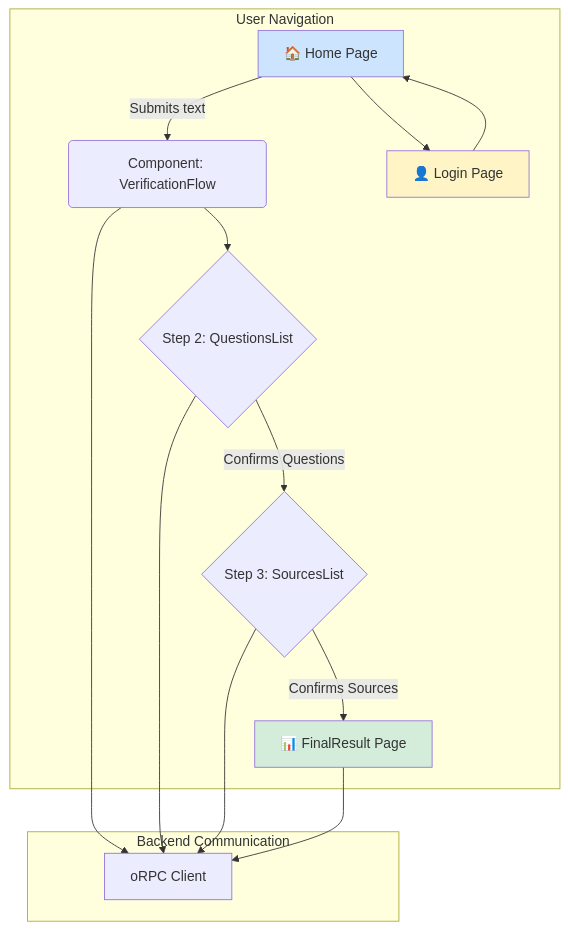
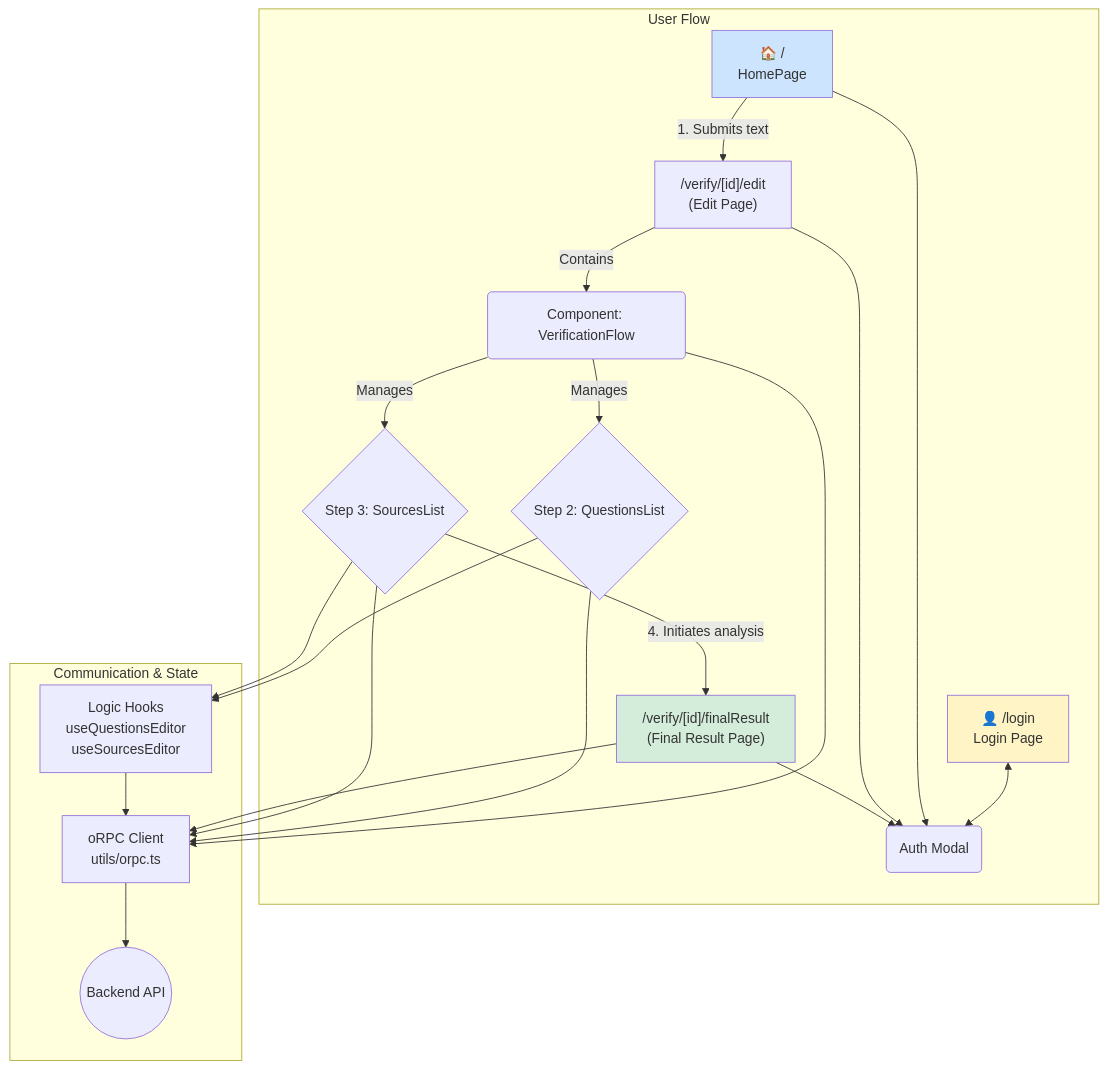
One commit to checkeapp-group/CheckeApp changed the diagram in docs/WEB.md. Above: the diagram before and after it, drawn with Mermaid. The commit also changed other lines of this file and 5 other files, not shown here.

Commit message:
docs: add comprehensive API documentation and enhance authentication, database, server, and verification flow documentation

````diff
--- a/docs/WEB.md
+++ b/docs/WEB.md
@@ -1,22 +7,23 @@
 ```mermaid
 graph TD
-    subgraph "User Navigation"
-        A[🏠 Home Page] -->|Submits text| B(Component: VerificationFlow);
-        B --> C{Step 2: QuestionsList};
-        C -->|Confirms Questions| D{Step 3: SourcesList};
-        D -->|Confirms Sources| E[📊 FinalResult Page];
-        F[👤 Login Page] --> A;
-        A --> F;
+    subgraph "User Flow"
+        A[🏠 /<br>HomePage] -->|1. Submits text| B["/verify/[id]/edit<br>(Edit Page)"];
+        B -- "Contains" --> C(Component: VerificationFlow);
+        C -- "Manages" --> D{Step 2: QuestionsList};
+        C -- "Manages" --> E{Step 3: SourcesList};
+        E -->|4. Initiates analysis| F["/verify/[id]/finalResult<br>(Final Result Page)"];
+        G[👤 /login<br>Login Page] <--> H(Auth Modal);
+        A & B & F --> H;
     end
 
-    subgraph "Backend Communication"
-        B --> G[oRPC Client];
-        C --> G;
-        D --> G;
-        E --> G;
+    subgraph "Communication & State"
+        C & D & E & F --> I[oRPC Client<br>utils/orpc.ts];
+        I --> J((Backend API));
+        D & E --> K[Logic Hooks<br>useQuestionsEditor<br>useSourcesEditor];
+        K --> I;
     end
 
     style A fill:#cde4ff
-    style F fill:#fff4c5
-    style E fill:#d4edda
+    style F fill:#d4edda
+    style G fill:#fff4c5
 ```
````
